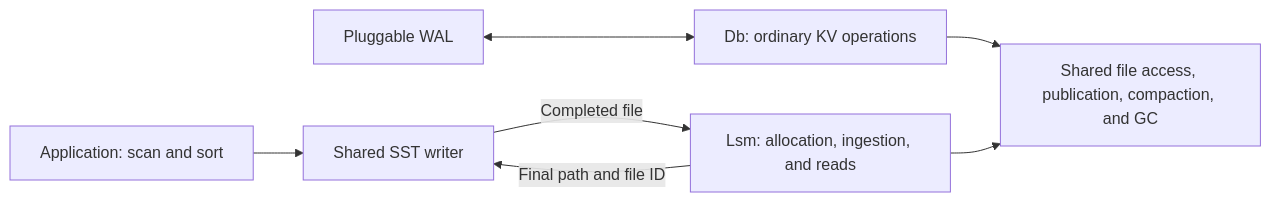
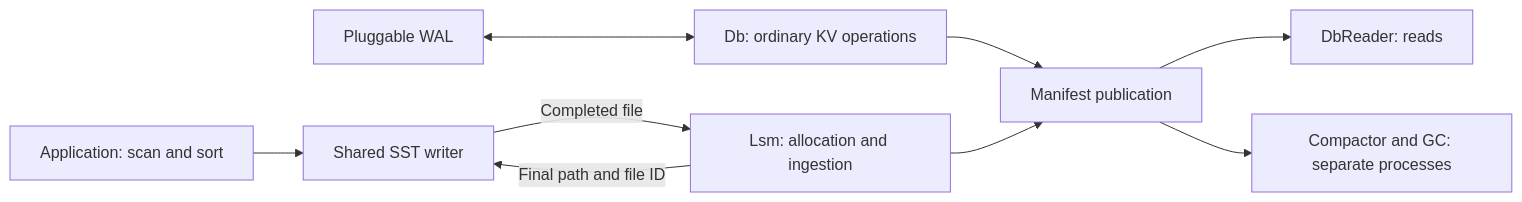
Before and after one commit to slatedb/slatedb: the diagram in rfcs/0035-sst-writer-and-ingestion.md, drawn with Mermaid. The commit also changed other lines of this file, not shown here.

First line of the commit message:
docs: make Lsm a write-only client

````diff
--- a/rfcs/0035-sst-writer-and-ingestion.md
+++ b/rfcs/0035-sst-writer-and-ingestion.md
@@ -103,9 +108,11 @@
 ```mermaid
 flowchart LR
     W[Pluggable WAL] <--> D[Db: ordinary KV operations]
     P[Application: scan and sort] --> S[Shared SST writer]
-    L[Lsm: allocation, ingestion, and reads] -->|Final path and file ID| S
+    L[Lsm: allocation and ingestion] -->|Final path and file ID| S
     S -->|Completed file| L
-    D --> M[Shared file access, publication, compaction, and GC]
+    D --> M[Manifest publication]
     L --> M
+    M --> R[DbReader: reads]
+    M --> C[Compactor and GC: separate processes]
 ```
````
